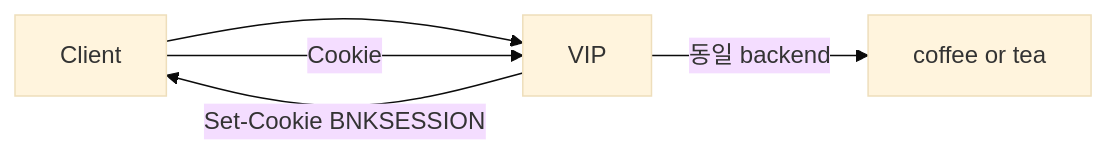
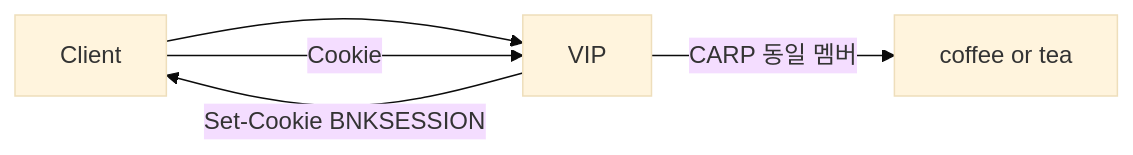
One commit to mink0119/2609_f5bnk changed the diagram in HTTP_Routing/2.43_SessionPersistence_Cookie/README.md. Above: the diagram before and after it, drawn with Mermaid (base theme). The commit also changed other lines of this file and 85 other files, not shown here.

````diff
--- a/HTTP_Routing/2.43_SessionPersistence_Cookie/README.md
+++ b/HTTP_Routing/2.43_SessionPersistence_Cookie/README.md
@@ -5,7 +7,7 @@
 ```mermaid
 flowchart LR
   C[Client] --> VIP[VIP]
   VIP -->|Set-Cookie BNKSESSION| C
   C -->|Cookie| VIP
-  VIP -->|동일 backend| P1[coffee or tea]
+  VIP -->|CARP 동일 멤버| P1[coffee or tea]
 ```
````
